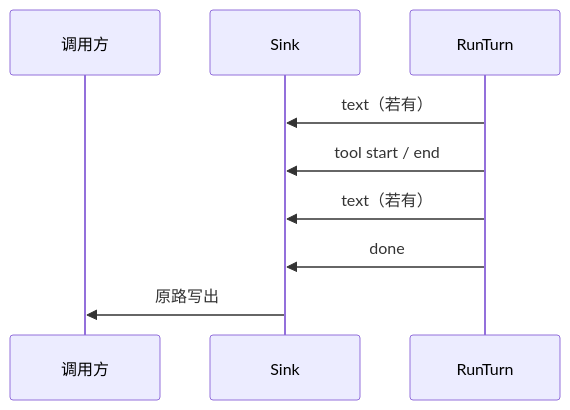
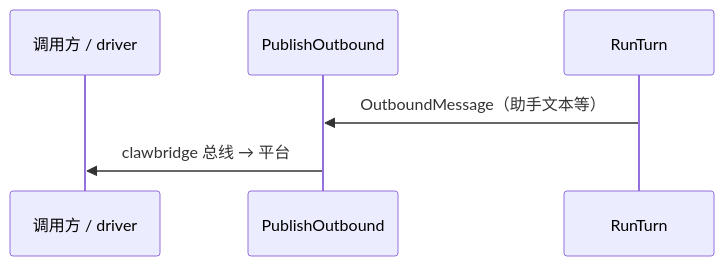
Before and after one commit to lengzhao/oneclaw: the diagram in docs/outbound-events-design.md, drawn with Mermaid. The commit also changed other lines of this file and 29 other files, not shown here.

````diff
--- a/docs/outbound-events-design.md
+++ b/docs/outbound-events-design.md
@@ -79,11 +67,8 @@
 ```mermaid
 sequenceDiagram
-  participant C as 调用方
-  participant K as Sink
+  participant C as 调用方 / driver
+  participant PO as PublishOutbound
   participant L as RunTurn
-  L->>K: text（若有）
-  L->>K: tool start / end
-  L->>K: text（若有）
-  L->>K: done
-  K->>C: 原路写出
+  L->>PO: OutboundMessage（助手文本等）
+  PO->>C: clawbridge 总线 → 平台
 ```
````
